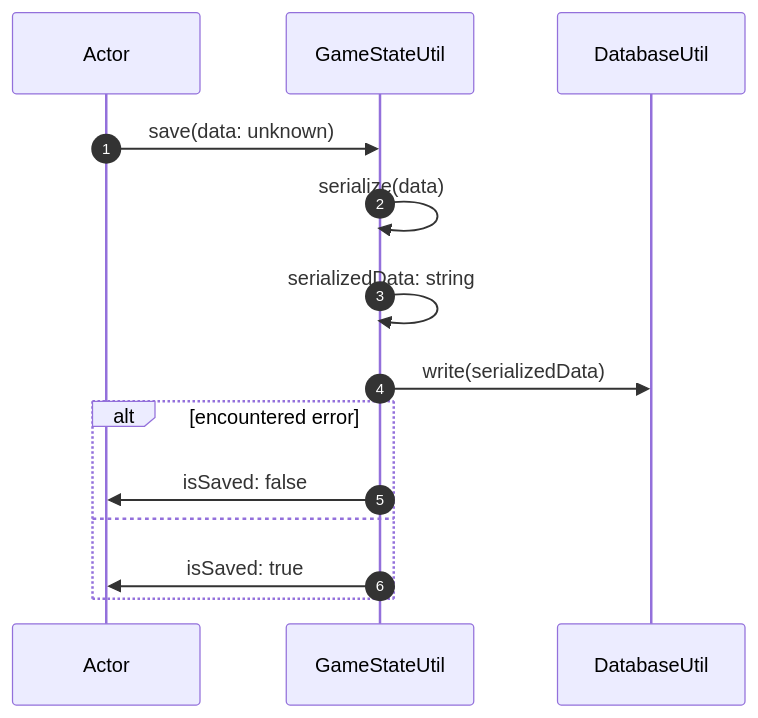
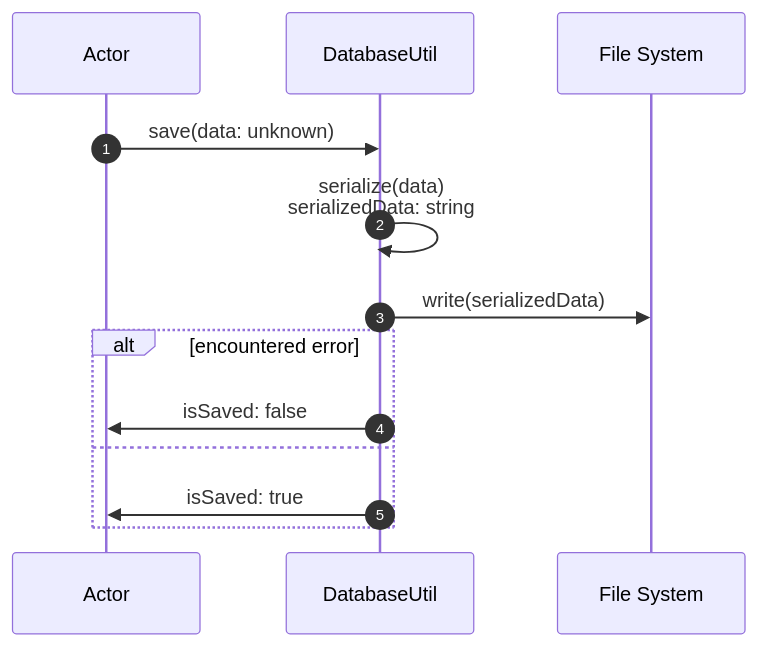
The fourth of 4 diagrams in docs/architecture/databaseUtil.md (normal-devs/klicker-knight), drawn with Mermaid before and after one commit. The commit also changed other lines of this file, not shown here.

Commit message:
Update databaseUtil docs

````diff
--- a/docs/architecture/databaseUtil.md
+++ b/docs/architecture/databaseUtil.md
@@ -32,20 +66,17 @@
 ```mermaid
 sequenceDiagram
   autonumber
   participant A as Actor
-  participant D as GameStateUtil
-  participant F as DatabaseUtil
+  participant D as DatabaseUtil
+  participant F as File System
 
   A ->> D: save(data: unknown)
-
-  D ->> D: serialize(data)
-  D ->> D: serializedData: string
-
+  D ->> D: serialize(data) <br> serializedData: string
   D ->> F: write(serializedData)
 
   alt encountered error
     D ->> A: isSaved: false
   else
     D ->> A: isSaved: true
   end
 ```
````
